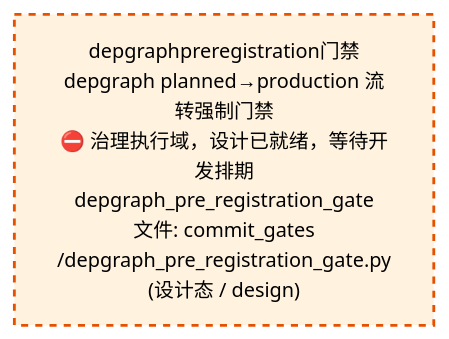
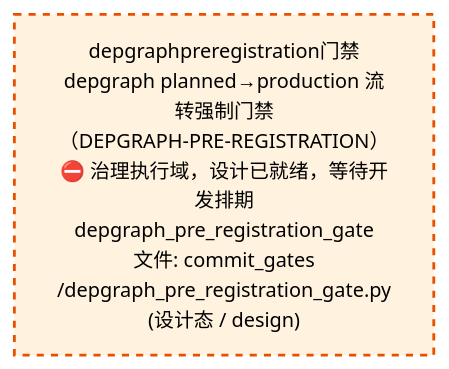
The third of 4 diagrams in docs/02_enterprise_architecture/02_domain_architecture_docs/53_d_gov_enforcement.md (xuanFelixVan/ZephyrAlpha), drawn with Mermaid before and after one commit. The commit also changed other lines of this file and 48 other files, not shown here.

````diff
--- a/docs/02_enterprise_architecture/02_domain_architecture_docs/53_d_gov_enforcement.md
+++ b/docs/02_enterprise_architecture/02_domain_architecture_docs/53_d_gov_enforcement.md
@@ -342,10 +342,10 @@
 ```mermaid
 %%{init: {'theme': 'base', 'themeVariables': {'primaryColor': '#eaeaea', 'primaryTextColor': '#333333', 'primaryBorderColor': '#666666', 'lineColor': '#666666', 'secondaryColor': '#eaeaea', 'tertiaryColor': '#eaeaea', 'fontSize': '14px'}}}%%
 flowchart TD
-    src_zephyr_gov_enforcement_commit_gates_depgraph_pre_registration_gate_py["depgraphpreregistration门禁<br/>depgraph planned→production 流转强制门禁<br/>⛔ 治理执行域，设计已就绪，等待开发排期<br/>depgraph_pre_registration_gate<br/>文件: commit_gates<br/>/depgraph_pre_registration_gate.py<br/>(设计态 / design)"]
+    src_zephyr_gov_enforcement_commit_gates_depgraph_pre_registration_gate_py["depgraphpreregistration门禁<br/>depgraph planned→production 流转强制门禁<br/>（DEPGRAPH-PRE-REGISTRATION）<br/>⛔ 治理执行域，设计已就绪，等待开发排期<br/>depgraph_pre_registration_gate<br/>文件: commit_gates<br/>/depgraph_pre_registration_gate.py<br/>(设计态 / design)"]
     classDef production fill:#e1f5fe,stroke:#01579b,stroke-width:2px,color:#000
     classDef design fill:#fff3e0,stroke:#e65100,stroke-width:2px,color:#000,stroke-dasharray: 5 5
     classDef external_prod fill:#e8f4fd,stroke:#0277bd,stroke-width:1px,color:#000
     classDef external_design fill:#fff8e7,stroke:#ef6c00,stroke-width:1px,color:#000,stroke-dasharray: 5 5
     class src_zephyr_gov_enforcement_commit_gates_depgraph_pre_registration_gate_py design
 ```
````
